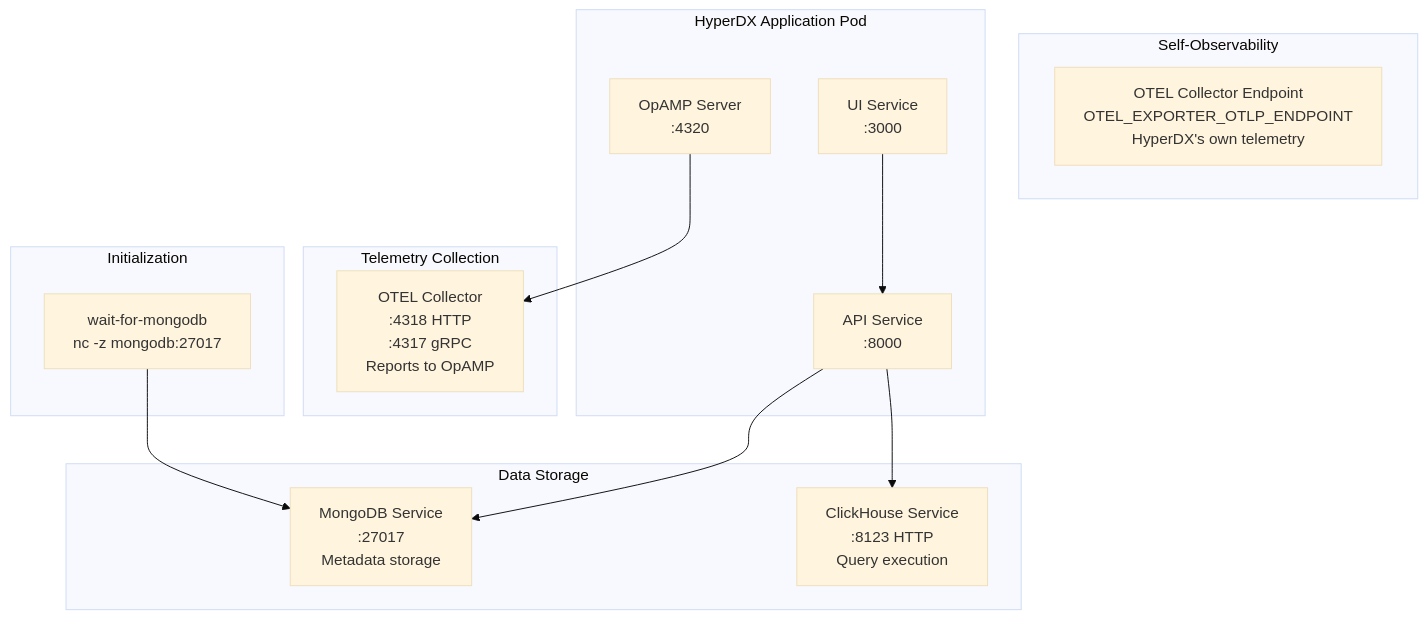
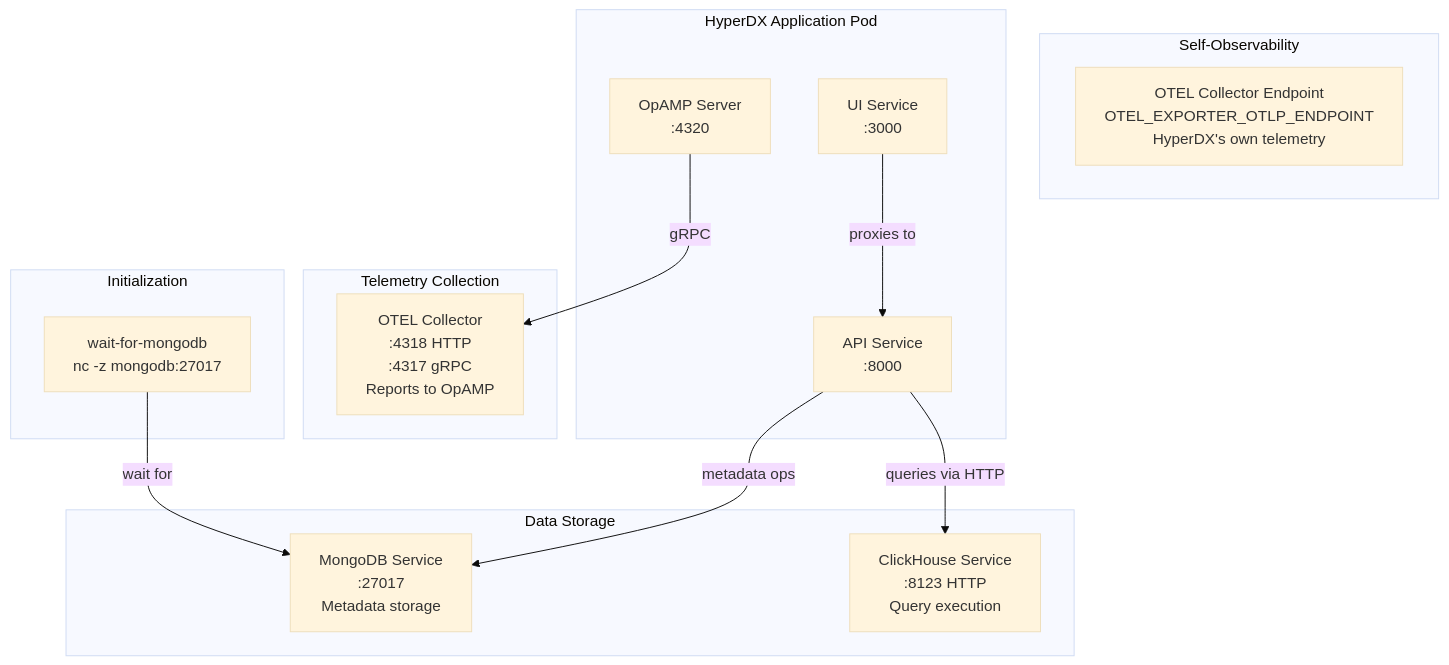
The fifth of 5 diagrams in docs/hyperdxio-helm-charts-docs/HyperDX-Application.md (openchoreo/openchoreo), drawn with Mermaid (base theme) before and after one commit. The commit also changed other lines of this file and 85 other files, not shown here.

Commit message:
feat: Add new workflow and specification templates, update Helm chart dependencies, and clarify documentation diagrams.

````diff
--- a/docs/hyperdxio-helm-charts-docs/HyperDX-Application.md
+++ b/docs/hyperdxio-helm-charts-docs/HyperDX-Application.md
@@ -323,41 +323,41 @@
 ```mermaid
 flowchart TD
 
 UI["UI Service<br>:3000"]
 API["API Service<br>:8000"]
 OpAMP["OpAMP Server<br>:4320"]
 InitContainer["wait-for-mongodb<br>nc -z mongodb:27017"]
 MongoDB["MongoDB Service<br>:27017<br>Metadata storage"]
 ClickHouse["ClickHouse Service<br>:8123 HTTP<br>Query execution"]
 OTELCollector["OTEL Collector<br>:4318 HTTP<br>:4317 gRPC<br>Reports to OpAMP"]
 OTELEndpoint["OTEL Collector Endpoint<br>OTEL_EXPORTER_OTLP_ENDPOINT<br>HyperDX's own telemetry"]
 
-InitContainer --> MongoDB
-API --> ClickHouse
-API --> MongoDB
-OpAMP --> OTELCollector
+InitContainer -->|"wait for"| MongoDB
+API -->|"queries via HTTP"| ClickHouse
+API -->|"metadata ops"| MongoDB
+OpAMP -->|"gRPC"| OTELCollector
 
 subgraph SelfTelemetry ["Self-Observability"]
     OTELEndpoint
 end
 
 subgraph Collectors ["Telemetry Collection"]
     OTELCollector
 end
 
 subgraph DataStores ["Data Storage"]
     MongoDB
     ClickHouse
 end
 
 subgraph InitSequence ["Initialization"]
     InitContainer
 end
 
 subgraph HyperDXApp ["HyperDX Application Pod"]
     UI
     API
     OpAMP
-    UI --> API
+    UI -->|"proxies to"| API
 end
 ```
````
